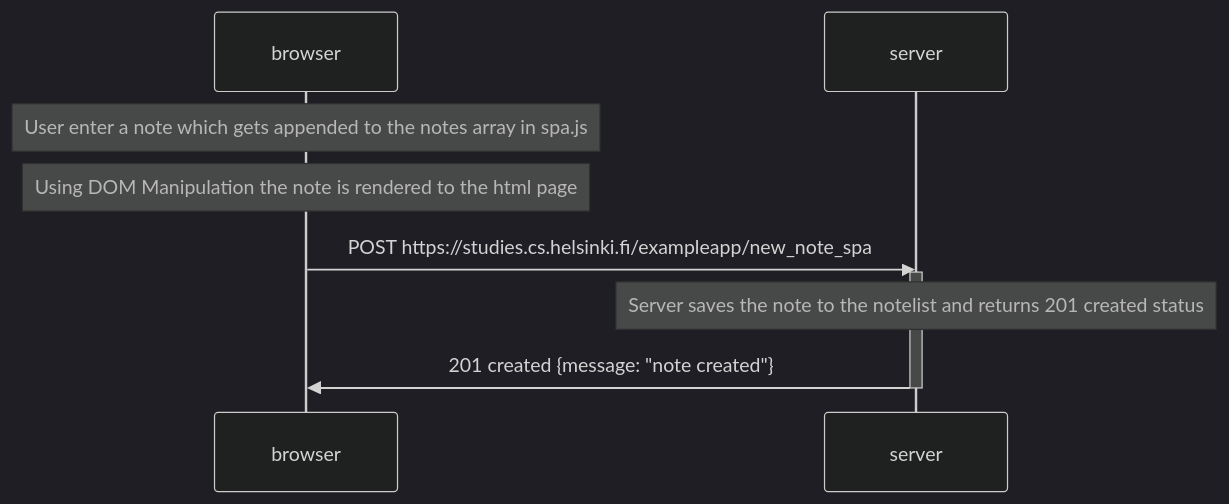
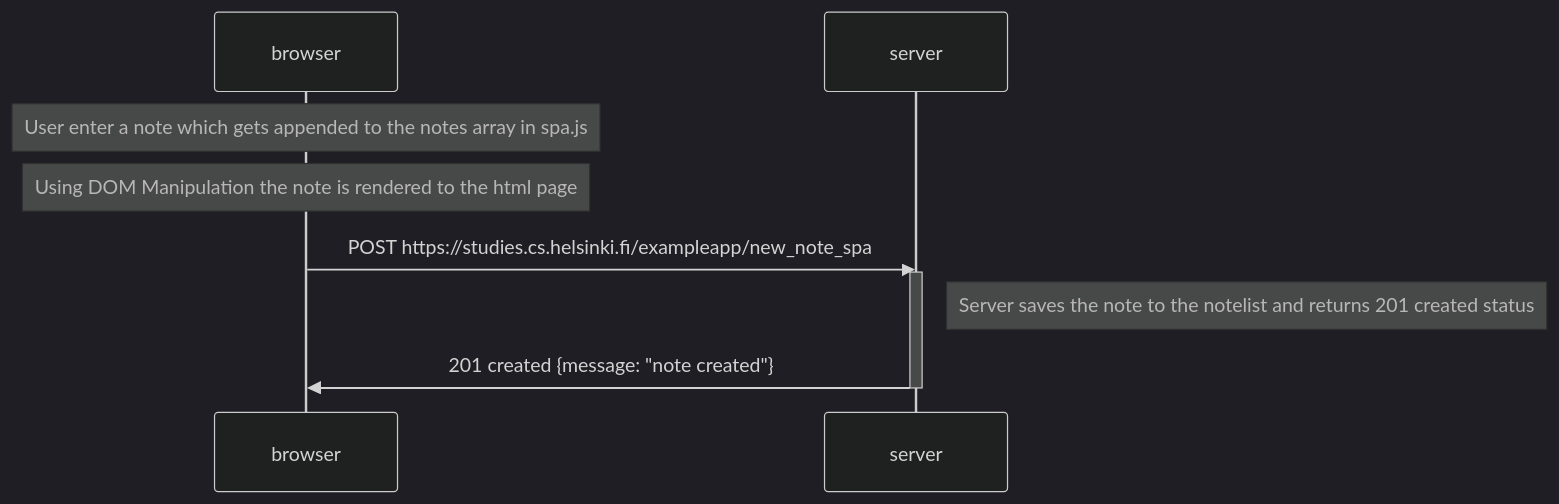
Before and after one commit to martianbytes/FullStackOpen: the diagram in Part_0/Ex_0.6_New_Note_in_SPA.md, drawn with Mermaid (dark theme).

Commit message:
added the note to the right of server insted of over

````diff
--- a/Part_0/Ex_0.6_New_Note_in_SPA.md
+++ b/Part_0/Ex_0.6_New_Note_in_SPA.md
@@ -1,15 +1,15 @@
 ```mermaid
 sequenceDiagram
     participant browser
     participant server
 
     Note over browser: User enter a note which gets appended to the notes array in spa.js
     Note over browser: Using DOM Manipulation the note is rendered to the html page
 
     browser->>server: POST https://studies.cs.helsinki.fi/exampleapp/new_note_spa
     activate server
-    Note over server: Server saves the note to the notelist and returns 201 created status
+    Note right of server: Server saves the note to the notelist and returns 201 created status
     server->>browser: 201 created {message: "note created"}
     deactivate server
     
 ```
````
